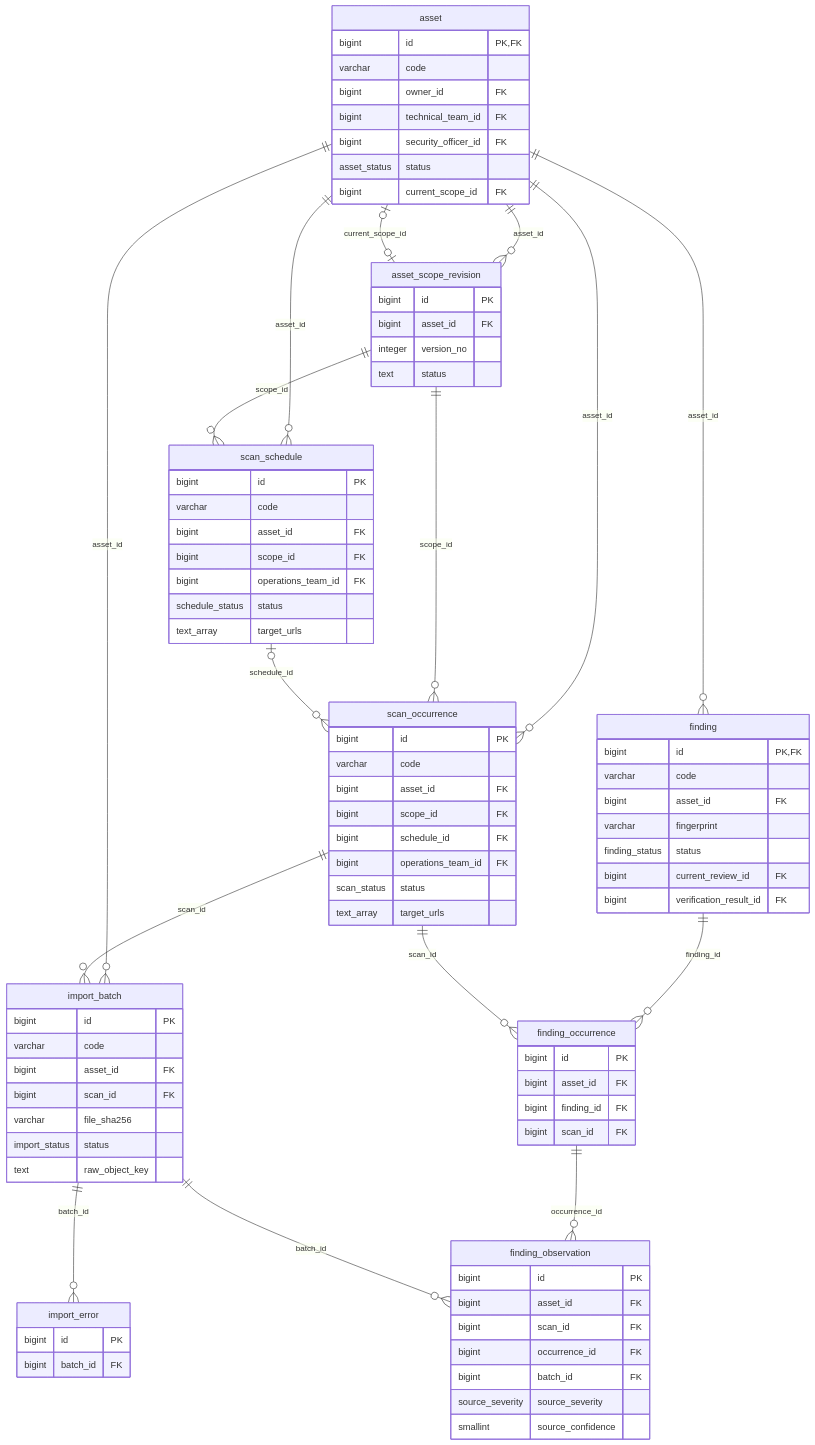
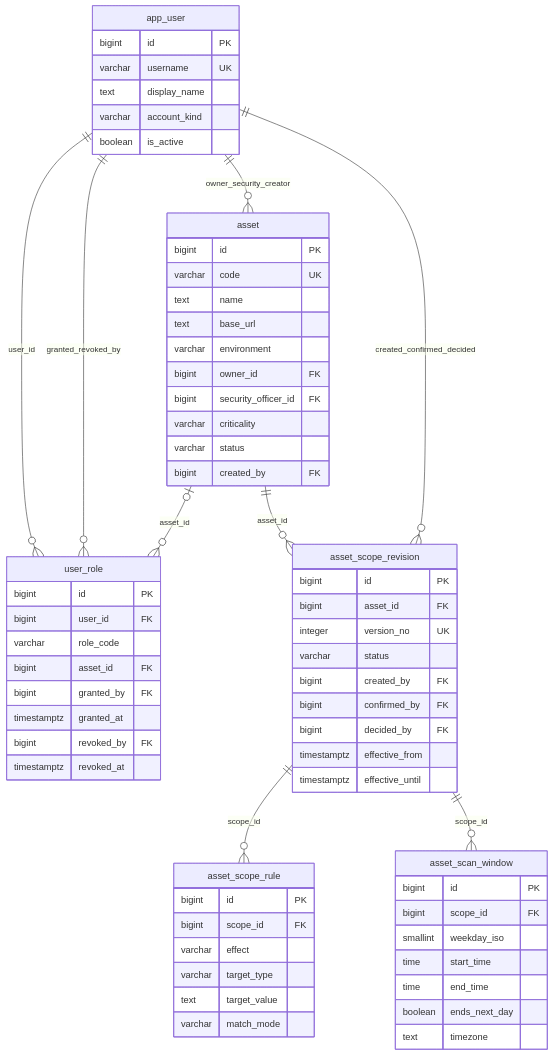
Before and after one commit to anhtuanptit074/MP_HTQLHDK: the second of 3 diagrams in database/03_so_do_erd.md, drawn with Mermaid. The commit also changed other lines of this file and 238 other files, not shown here.

````diff
--- a/database/03_so_do_erd.md
+++ b/database/03_so_do_erd.md
@@ -69,89 +168,69 @@
 ```mermaid
 erDiagram
+    app_user {
+        bigint id PK
+        varchar username UK
+        text display_name
+        varchar account_kind
+        boolean is_active
+    }
+    user_role {
+        bigint id PK
+        bigint user_id FK
+        varchar role_code
+        bigint asset_id FK
+        bigint granted_by FK
+        timestamptz granted_at
+        bigint revoked_by FK
+        timestamptz revoked_at
+    }
     asset {
-        bigint id PK, FK
-        varchar code
+        bigint id PK
+        varchar code UK
+        text name
+        text base_url
+        varchar environment
         bigint owner_id FK
-        bigint technical_team_id FK
         bigint security_officer_id FK
-        asset_status status
-        bigint current_scope_id FK
+        varchar criticality
+        varchar status
+        bigint created_by FK
     }
     asset_scope_revision {
         bigint id PK
         bigint asset_id FK
-        integer version_no
-        text status
+        integer version_no UK
+        varchar status
+        bigint created_by FK
+        bigint confirmed_by FK
+        bigint decided_by FK
+        timestamptz effective_from
+        timestamptz effective_until
     }
-    scan_schedule {
+    asset_scope_rule {
         bigint id PK
-        varchar code
-        bigint asset_id FK
         bigint scope_id FK
-        bigint operations_team_id FK
-        schedule_status status
-        text_array target_urls
+        varchar effect
+        varchar target_type
+        text target_value
+        varchar match_mode
     }
-    scan_occurrence {
+    asset_scan_window {
         bigint id PK
-        varchar code
-        bigint asset_id FK
         bigint scope_id FK
-        bigint schedule_id FK
-        bigint operations_team_id FK
-        scan_status status
-        text_array target_urls
+        smallint weekday_iso
+        time start_time
+        time end_time
+        boolean ends_next_day
+        text timezone
     }
-    import_batch {
-        bigint id PK
-        varchar code
-        bigint asset_id FK
-        bigint scan_id FK
-        varchar file_sha256
-        import_status status
-        text raw_object_key
-    }
-    import_error {
-        bigint id PK
-        bigint batch_id FK
-    }
-    finding {
-        bigint id PK, FK
-        varchar code
-        bigint asset_id FK
-        varchar fingerprint
-        finding_status status
-        bigint current_review_id FK
-        bigint verification_result_id FK
-    }
-    finding_occurrence {
-        bigint id PK
-        bigint asset_id FK
-        bigint finding_id FK
-        bigint scan_id FK
-    }
-    finding_observation {
-        bigint id PK
-        bigint asset_id FK
-        bigint scan_id FK
-        bigint occurrence_id FK
-        bigint batch_id FK
-        source_severity source_severity
-        smallint source_confidence
-    }
-    asset_scope_revision |o--o| asset : "current_scope_id"
+
+    app_user ||--o{ user_role : "user_id"
+    app_user ||--o{ user_role : "granted_revoked_by"
+    asset |o--o{ user_role : "asset_id"
+    app_user ||--o{ asset : "owner_security_creator"
     asset ||--o{ asset_scope_revision : "asset_id"
-    asset ||--o{ scan_schedule : "asset_id"
-    asset_scope_revision ||--o{ scan_schedule : "scope_id"
-    asset ||--o{ scan_occurrence : "asset_id"
-    asset_scope_revision ||--o{ scan_occurrence : "scope_id"
-    scan_schedule |o--o{ scan_occurrence : "schedule_id"
-    asset ||--o{ import_batch : "asset_id"
-    scan_occurrence ||--o{ import_batch : "scan_id"
-    import_batch ||--o{ import_error : "batch_id"
-    asset ||--o{ finding : "asset_id"
-    finding ||--o{ finding_occurrence : "finding_id"
-    scan_occurrence ||--o{ finding_occurrence : "scan_id"
-    finding_occurrence ||--o{ finding_observation : "occurrence_id"
-    import_batch ||--o{ finding_observation : "batch_id"
+    app_user ||--o{ asset_scope_revision : "created_confirmed_decided"
+    asset_scope_revision ||--o{ asset_scope_rule : "scope_id"
+    asset_scope_revision ||--o{ asset_scan_window : "scope_id"
 ```
````
